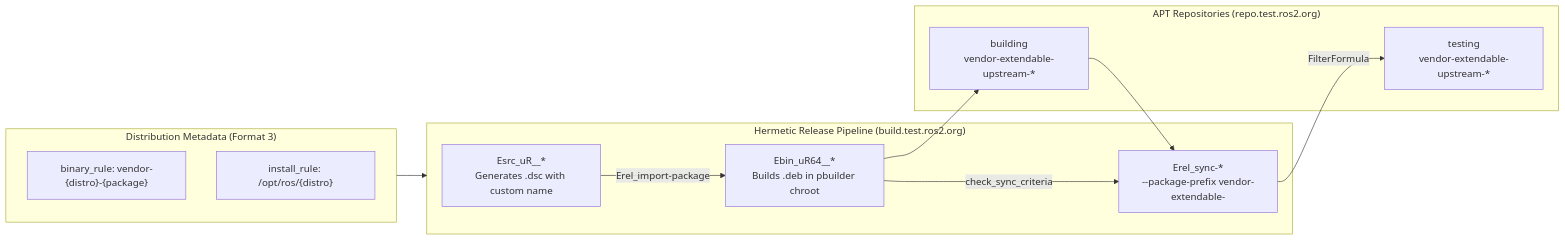
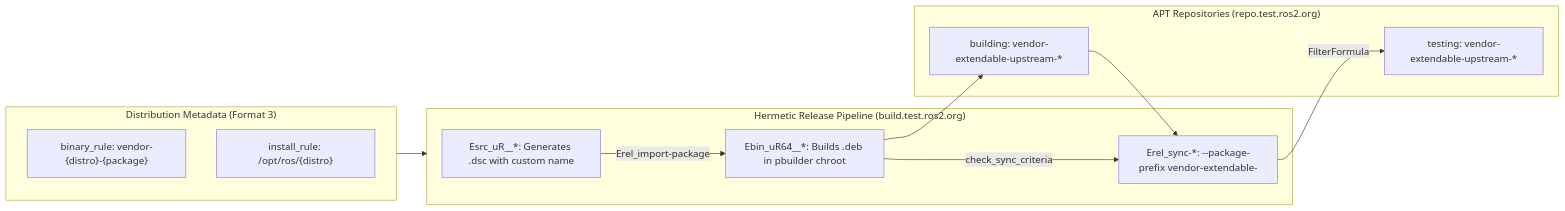
The third of 8 diagrams in TOPOLOGICAL_TESTING_EVIDENCE_GIST.md (KmoM88/rep159-testing), drawn with Mermaid before and after one commit. The commit also changed other lines of this file and 15 other files, not shown here.

Commit message:
Consolidate Stage 1-6 docs in roadmap/ with Mermaid core vs testbed diagrams, update rollout/PR plans, and sync Gist

````diff
--- a/TOPOLOGICAL_TESTING_EVIDENCE_GIST.md
+++ b/TOPOLOGICAL_TESTING_EVIDENCE_GIST.md
@@ -44,22 +99,22 @@
 ```mermaid
-graph LR
+flowchart LR
     subgraph Spec ["Distribution Metadata (Format 3)"]
         BR["binary_rule: vendor-{distro}-{package}"]
         IR["install_rule: /opt/ros/{distro}"]
     end
 
     subgraph ReleasePipeline ["Hermetic Release Pipeline (build.test.ros2.org)"]
-        SRC["Esrc_uR__*<br/>Generates .dsc with custom name"]
-        BIN["Ebin_uR64__*<br/>Builds .deb in pbuilder chroot"]
-        SYNC["Erel_sync-*<br/>--package-prefix vendor-extendable-"]
+        SRC["Esrc_uR__*: Generates .dsc with custom name"]
+        BIN["Ebin_uR64__*: Builds .deb in pbuilder chroot"]
+        SYNC["Erel_sync-*: --package-prefix vendor-extendable-"]
         SRC -->|Erel_import-package| BIN -->|check_sync_criteria| SYNC
     end
 
     subgraph Repositories ["APT Repositories (repo.test.ros2.org)"]
-        BUILDING["building<br/>vendor-extendable-upstream-*"]
-        TESTING["testing<br/>vendor-extendable-upstream-*"]
+        BUILDING["building: vendor-extendable-upstream-*"]
+        TESTING["testing: vendor-extendable-upstream-*"]
         BIN --> BUILDING --> SYNC -->|FilterFormula| TESTING
     end
 
     Spec --> ReleasePipeline
 ```
````
